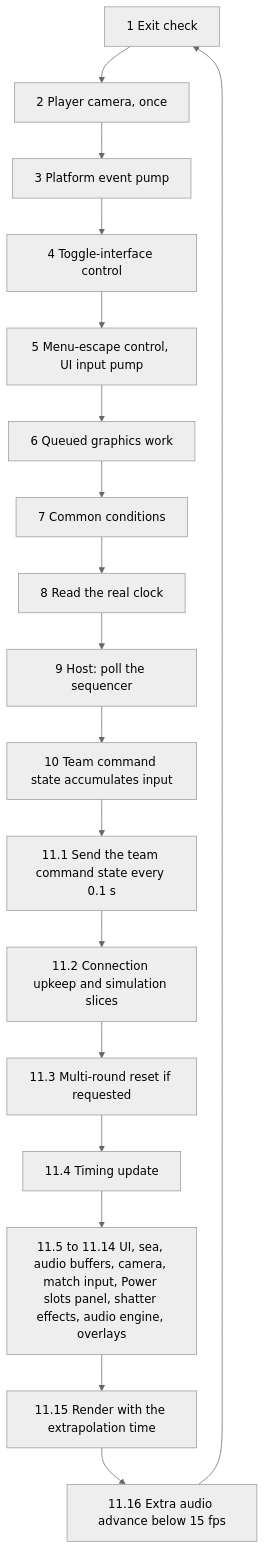
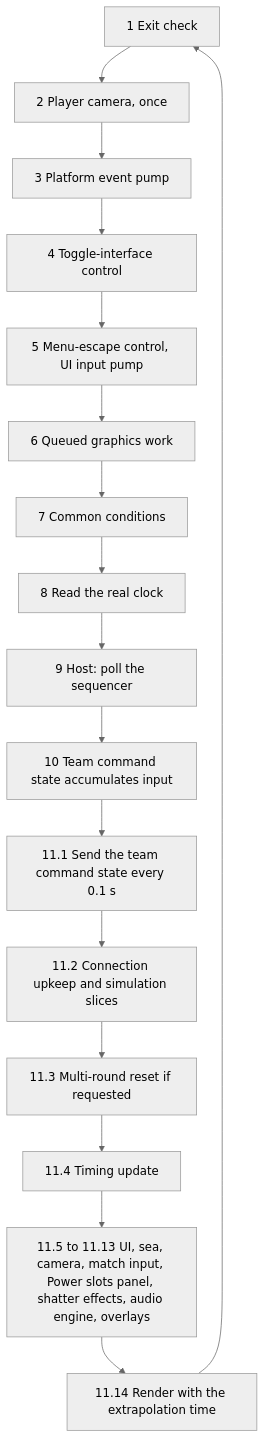
Before and after one commit to Zwaliebaba/Species.AI: the fourth of 5 diagrams in design_next/reference/12_simulation_model/01_tick_timing_and_main_loop.md, drawn with Mermaid (neutral theme). The commit also changed other lines of this file and 50 other files, not shown here.

````diff
--- a/design_next/reference/12_simulation_model/01_tick_timing_and_main_loop.md
+++ b/design_next/reference/12_simulation_model/01_tick_timing_and_main_loop.md
@@ -334,20 +335,19 @@
 ```mermaid
 flowchart TD
   S1["1 Exit check"] --> S2["2 Player camera, once"]
   S2 --> S3["3 Platform event pump"]
   S3 --> S4["4 Toggle-interface control"]
   S4 --> S5["5 Menu-escape control, UI input pump"]
   S5 --> S6["6 Queued graphics work"]
   S6 --> S7["7 Common conditions"]
   S7 --> S8["8 Read the real clock"]
   S8 --> S9["9 Host: poll the sequencer"]
   S9 --> S10["10 Team command state accumulates input"]
   S10 --> C1["11.1 Send the team command state every 0.1 s"]
   C1 --> C2["11.2 Connection upkeep and simulation slices"]
   C2 --> C3["11.3 Multi-round reset if requested"]
   C3 --> C4["11.4 Timing update"]
-  C4 --> C5["11.5 to 11.14 UI, sea, audio buffers, camera, match input, Power slots panel, shatter effects, audio engine, overlays"]
-  C5 --> C6["11.15 Render with the extrapolation time"]
-  C6 --> C7["11.16 Extra audio advance below 15 fps"]
-  C7 --> S1
+  C4 --> C5["11.5 to 11.13 UI, sea, camera, match input, Power slots panel, shatter effects, audio engine, overlays"]
+  C5 --> C6["11.14 Render with the extrapolation time"]
+  C6 --> S1
 ```
````
